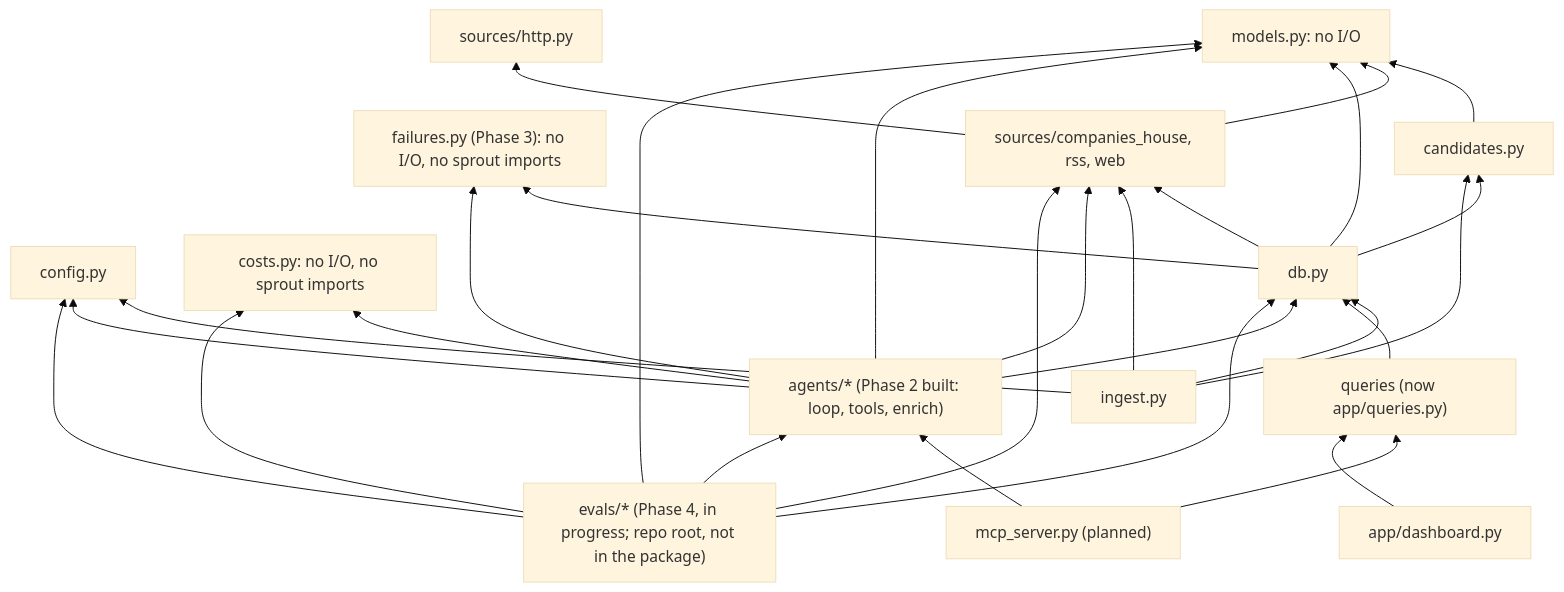
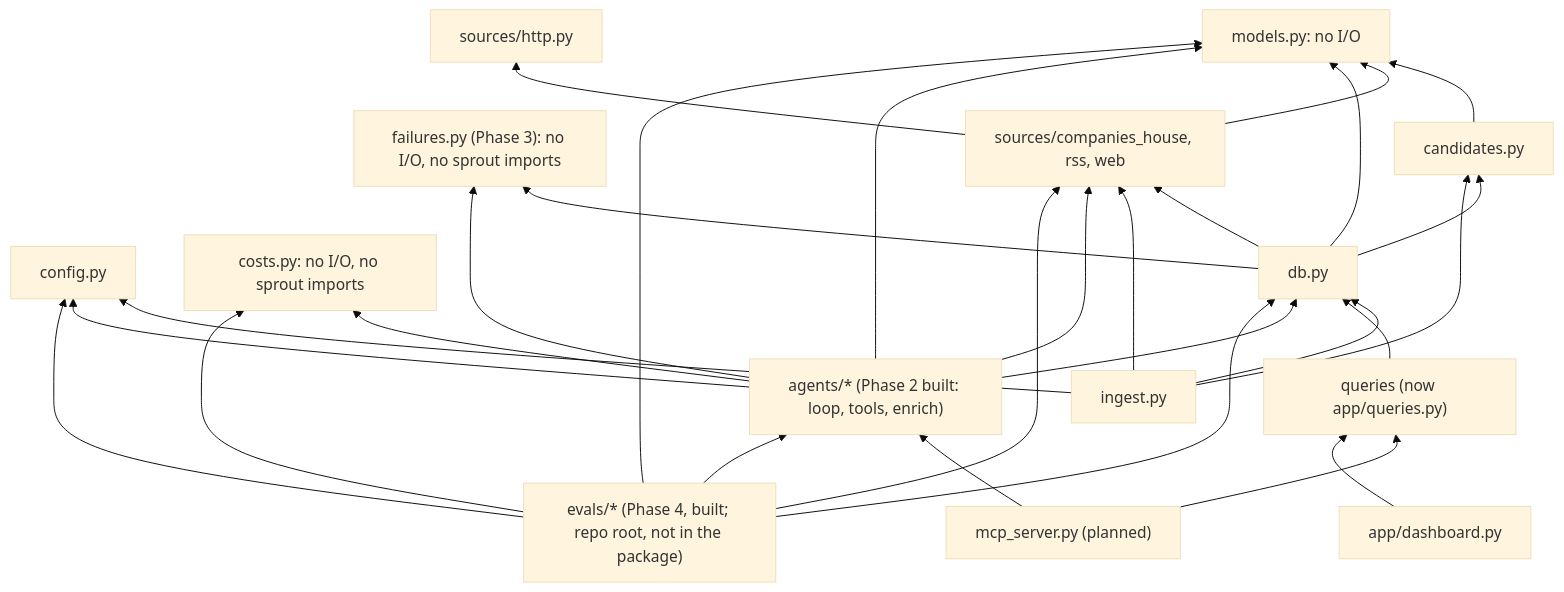
One commit to Farzaanee/sprout changed the first of 2 diagrams in docs/architecture/1. overview.md. Above: the diagram before and after it, drawn with Mermaid (base theme). The commit also changed other lines of this file and 9 other files, not shown here.

Commit message:
implemented phase 4 - Evals & guardrails

````diff
--- a/docs/architecture/1. overview.md
+++ b/docs/architecture/1. overview.md
@@ -23,44 +23,44 @@
 ```mermaid
 flowchart BT
     models["models.py: no I/O"]
     config["config.py"]
     costs["costs.py: no I/O, no sprout imports"]
     failures["failures.py (Phase 3): no I/O, no sprout imports"]
     candidates["candidates.py"]
     http["sources/http.py"]
     sources["sources/companies_house, rss, web"]
     db["db.py"]
     ingest["ingest.py"]
     queries["queries (now app/queries.py)"]
     agents["agents/* (Phase 2 built: loop, tools, enrich)"]
     mcp["mcp_server.py (planned)"]
     dash["app/dashboard.py"]
-    evals["evals/* (Phase 4, in progress; repo root, not in the package)"]
+    evals["evals/* (Phase 4, built; repo root, not in the package)"]
     candidates --> models
     sources --> http
     sources --> models
     db --> models
     db --> candidates
     db --> sources
     db --> failures
     ingest --> db
     ingest --> sources
     ingest --> candidates
     ingest --> config
     queries --> db
     agents --> db
     agents --> sources
     agents --> models
     agents --> config
     agents --> costs
     agents --> failures
     mcp --> queries
     mcp --> agents
     dash --> queries
     evals --> agents
     evals --> models
     evals --> db
     evals --> sources
     evals --> costs
     evals --> config
 ```
````
